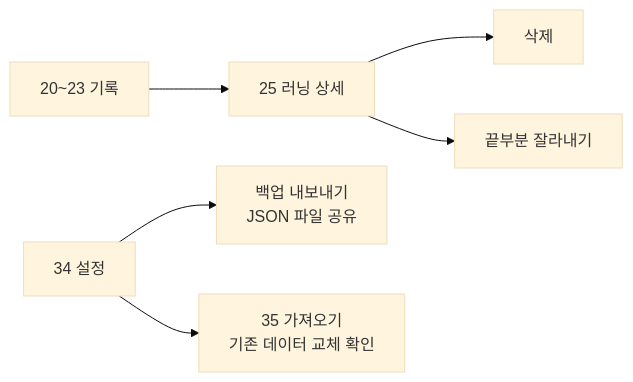
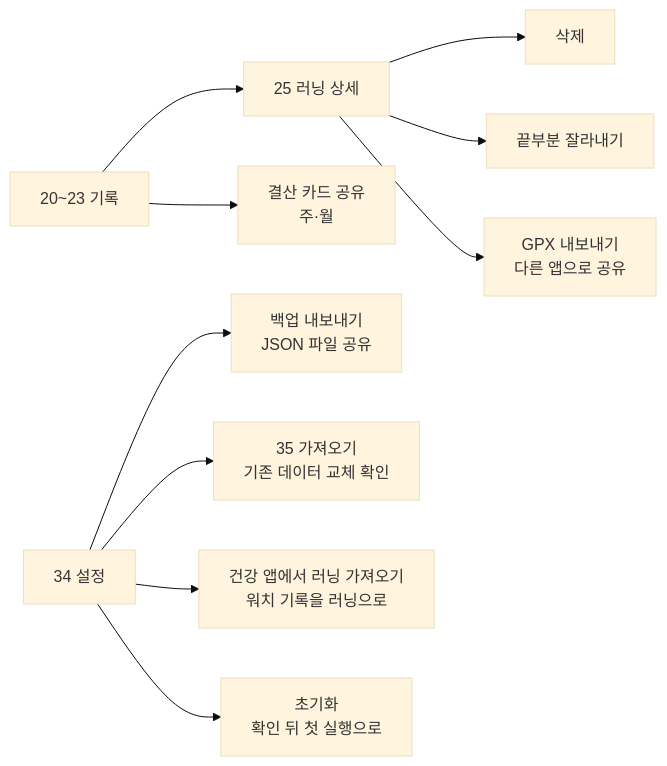
Before and after one commit to dhkim1522/runmagochi: the sixth of 6 diagrams in docs/user-flows.md, drawn with Mermaid (base theme). The commit also changed other lines of this file and 5 other files, not shown here.

````diff
--- a/docs/user-flows.md
+++ b/docs/user-flows.md
@@ -157,8 +161,12 @@
 ```mermaid
 flowchart LR
     H["20~23 기록"] --> D["25 러닝 상세"]
     D --> Del["삭제"]
     D --> Trim["끝부분 잘라내기"]
+    D --> Gpx["GPX 내보내기<br/>다른 앱으로 공유"]
+    H --> Recap["결산 카드 공유<br/>주·월"]
     Set["34 설정"] --> Exp["백업 내보내기<br/>JSON 파일 공유"]
     Set --> Imp["35 가져오기<br/>기존 데이터 교체 확인"]
+    Set --> Health["건강 앱에서 러닝 가져오기<br/>워치 기록을 러닝으로"]
+    Set --> Reset["초기화<br/>확인 뒤 첫 실행으로"]
 ```
````
